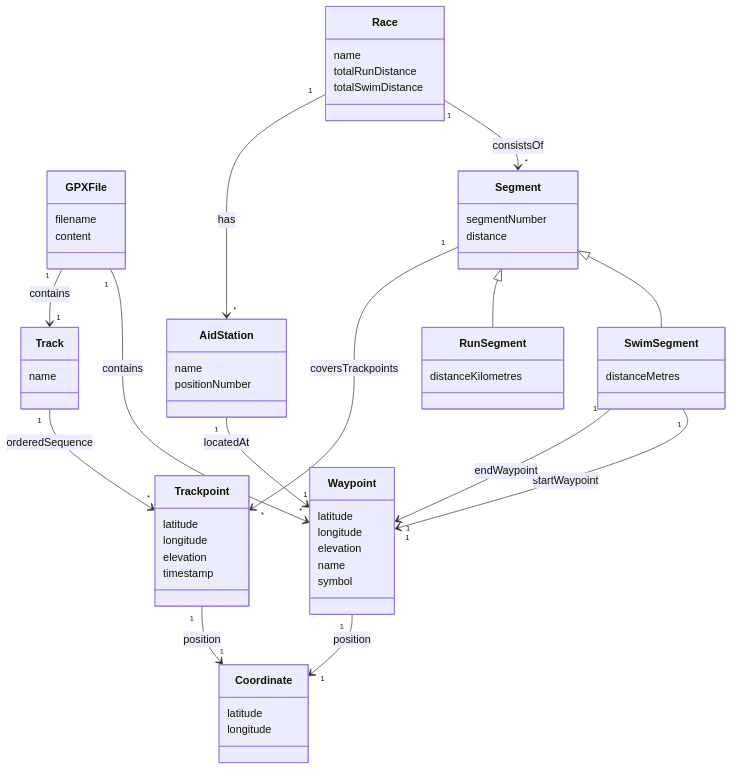
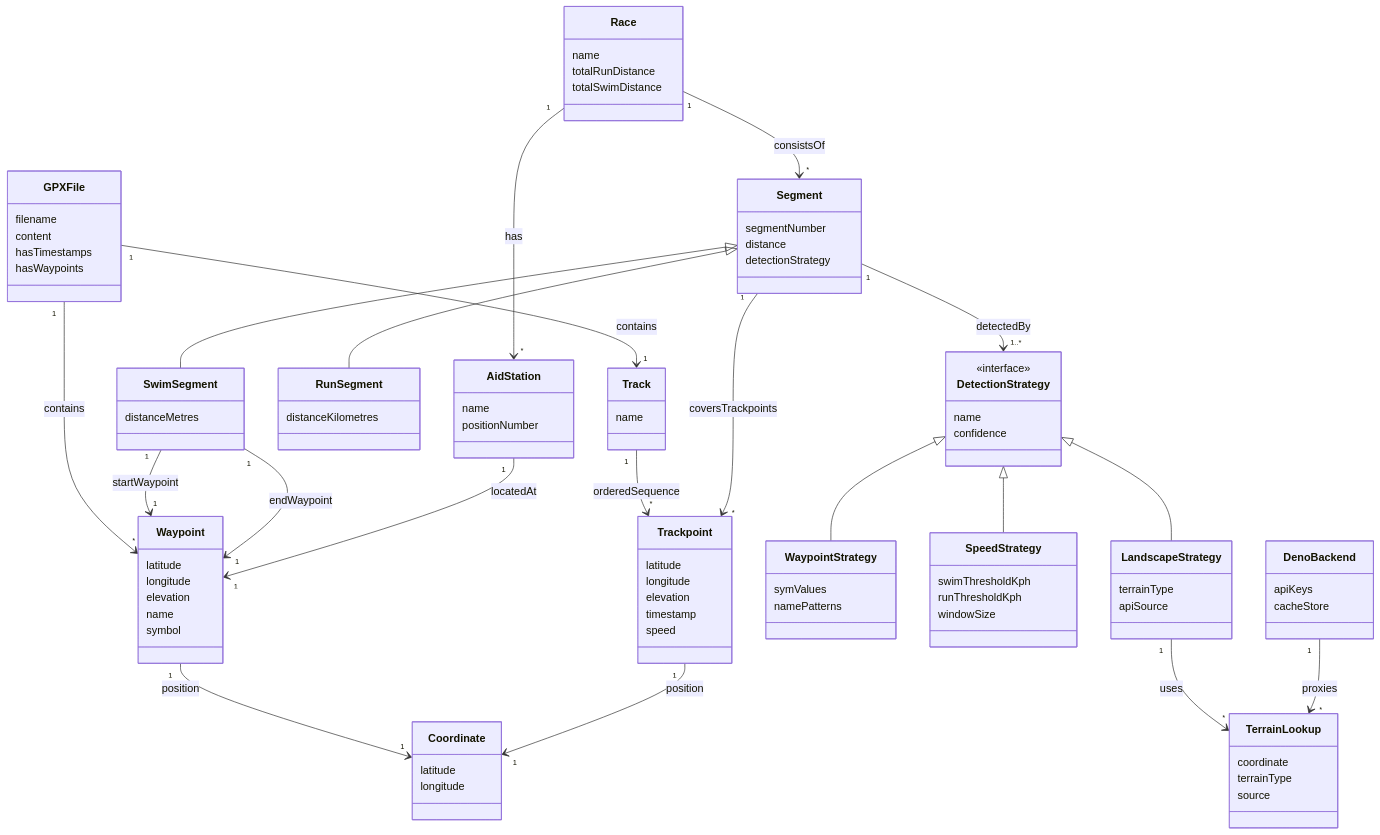
Before and after one commit to swimrun/tigerlegs: the diagram in .kiro/specs/gpx-swimrun-analyzer/requirements.md, drawn with Mermaid. The commit also changed other lines of this file and 5 other files, not shown here.

````diff
--- a/.kiro/specs/gpx-swimrun-analyzer/requirements.md
+++ b/.kiro/specs/gpx-swimrun-analyzer/requirements.md
@@ -20,6 +30,8 @@
     class GPXFile {
         filename
         content
+        hasTimestamps
+        hasWaypoints
     }
     class Waypoint {
         latitude
@@ -33,6 +45,7 @@
         longitude
         elevation
         timestamp
+        speed
     }
     class Track {
         name
@@ -40,6 +53,7 @@
     class Segment {
         segmentNumber
         distance
+        detectionStrategy
     }
     class SwimSegment {
         distanceMetres
@@ -60,6 +74,33 @@
         totalRunDistance
         totalSwimDistance
     }
+    class DetectionStrategy {
+        <<interface>>
+        name
+        confidence
+    }
+    class WaypointStrategy {
+        symValues
+        namePatterns
+    }
+    class SpeedStrategy {
+        swimThresholdKph
+        runThresholdKph
+        windowSize
+    }
+    class LandscapeStrategy {
+        terrainType
+        apiSource
+    }
+    class TerrainLookup {
+        coordinate
+        terrainType
+        source
+    }
+    class DenoBackend {
+        apiKeys
+        cacheStore
+    }
 
     GPXFile "1" --> "*" Waypoint : contains
     GPXFile "1" --> "1" Track : contains
@@ -74,4 +115,10 @@
     AidStation "1" --> "1" Waypoint : locatedAt
     Waypoint "1" --> "1" Coordinate : position
     Trackpoint "1" --> "1" Coordinate : position
+    DetectionStrategy <|-- WaypointStrategy
+    DetectionStrategy <|-- SpeedStrategy
+    DetectionStrategy <|-- LandscapeStrategy
+    Segment "1" --> "1..*" DetectionStrategy : detectedBy
+    LandscapeStrategy "1" --> "*" TerrainLookup : uses
+    DenoBackend "1" --> "*" TerrainLookup : proxies
 ```
````
